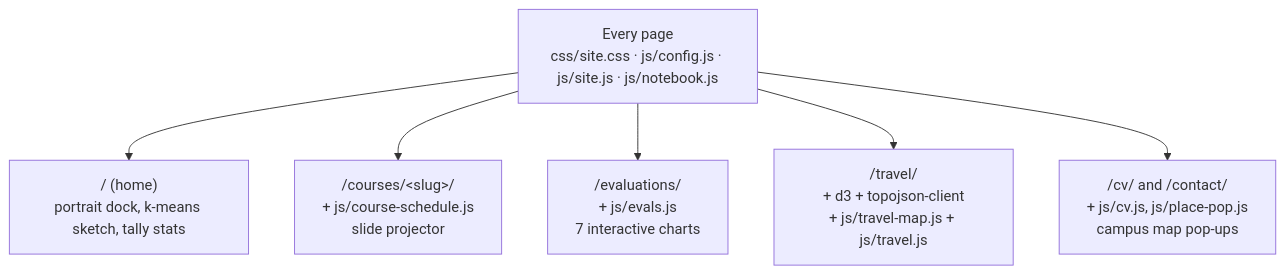
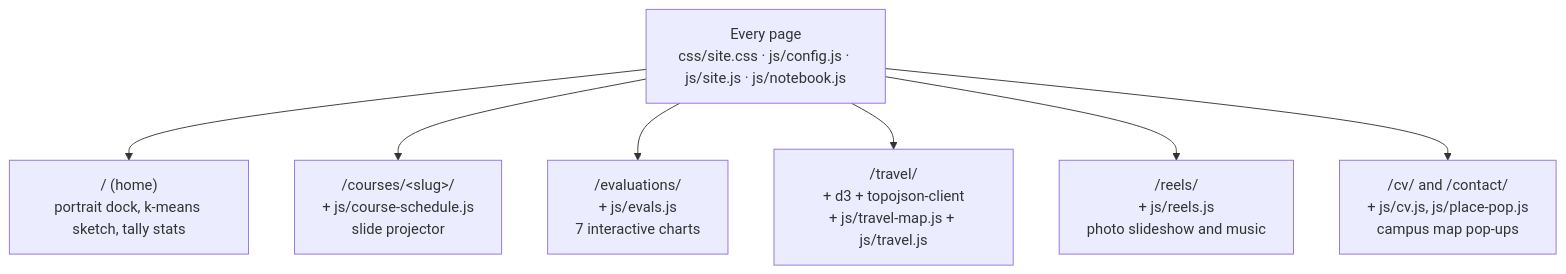
One commit to bcollier/ben.collier.phd changed the second of 9 diagrams in README.md. Above: the diagram before and after it, drawn with Mermaid. The commit also changed other lines of this file and 405 other files, not shown here.

First line of the commit message:
Add /reels/: two photo reels of me, 2000 to 2026 (#118)

````diff
--- a/README.md
+++ b/README.md
@@ -55,9 +55,10 @@
 ```mermaid
 flowchart TB
   every["Every page<br/>css/site.css · js/config.js · js/site.js · js/notebook.js"]
   every --> home["/ (home)<br/>portrait dock, k-means sketch, tally stats"]
   every --> courses["/courses/&lt;slug&gt;/<br/>+ js/course-schedule.js<br/>slide projector"]
   every --> evals["/evaluations/<br/>+ js/evals.js<br/>7 interactive charts"]
   every --> travel["/travel/<br/>+ d3 + topojson-client<br/>+ js/travel-map.js + js/travel.js"]
+  every --> reels["/reels/<br/>+ js/reels.js<br/>photo slideshow and music"]
   every --> cv["/cv/ and /contact/<br/>+ js/cv.js, js/place-pop.js<br/>campus map pop-ups"]
 ```
````
